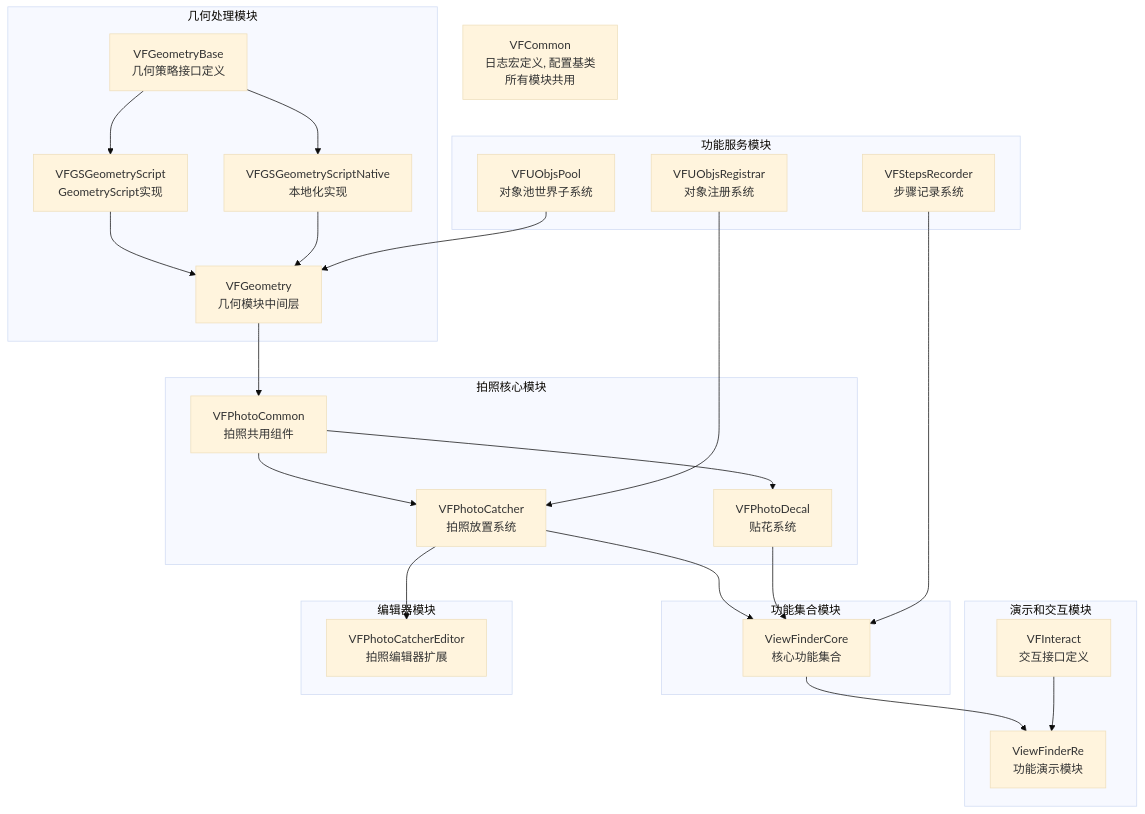
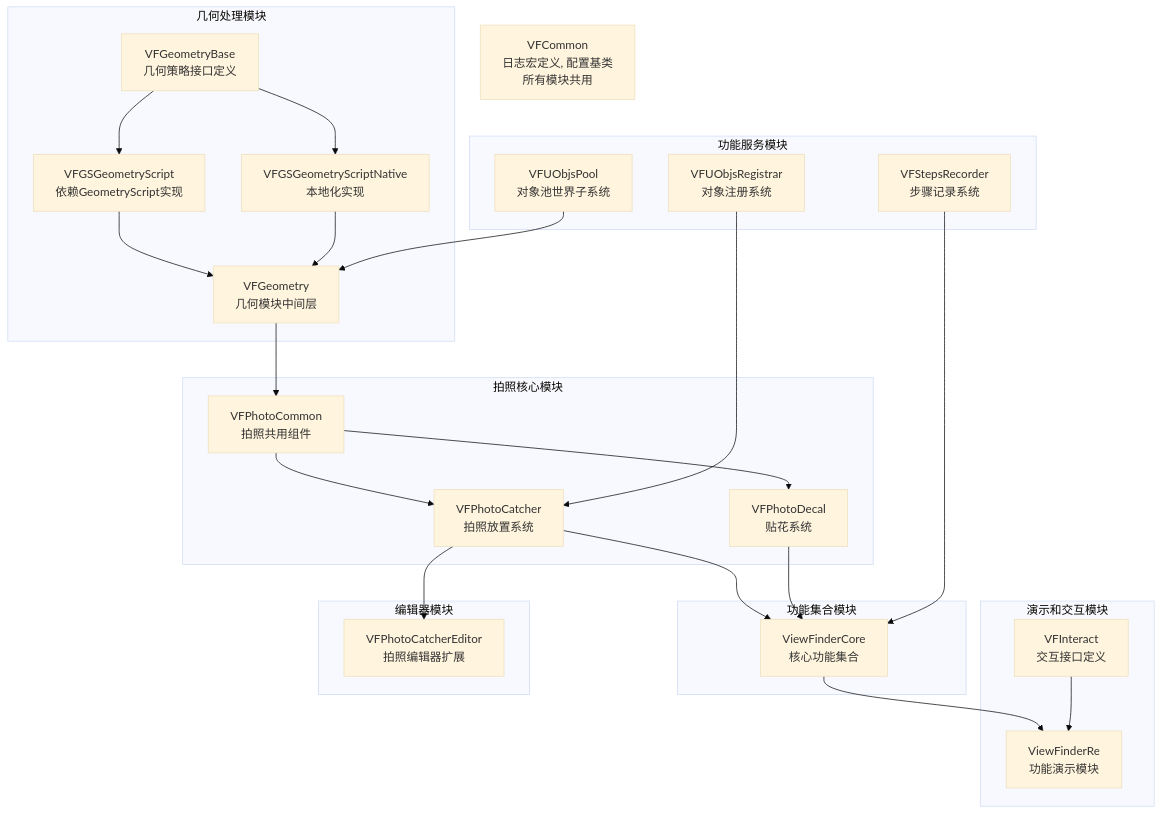
The first of 9 diagrams in README.zh.md (StrangeDS/ViewFinderRe), drawn with Mermaid (base theme) before and after one commit. The commit also changed other lines of this file and 1 other file, not shown here.

````diff
--- a/README.zh.md
+++ b/README.zh.md
@@ -894,74 +896,74 @@
 ```mermaid
 graph TD
     %% 基础共用模块 - 单独标明
     VFCommon[VFCommon<br/>日志宏定义, 配置基类<br/>所有模块共用]
 
     %% 功能服务模块
     subgraph ServiceModules [功能服务模块]
         VFUObjsPool[VFUObjsPool<br/>对象池世界子系统]
         VFUObjsRegistrar[VFUObjsRegistrar<br/>对象注册系统]
         VFStepsRecorder[VFStepsRecorder<br/>步骤记录系统]
     end
 
     %% 几何处理模块
     subgraph GeometryModules [几何处理模块]
         VFGeometryBase[VFGeometryBase<br/>几何策略接口定义]
         
-        VFGSGeometryScript[VFGSGeometryScript<br/>GeometryScript实现]
+        VFGSGeometryScript[VFGSGeometryScript<br/>依赖GeometryScript实现]
         VFGSGeometryScriptNative[VFGSGeometryScriptNative<br/>本地化实现]
         
         VFGeometry[VFGeometry<br/>几何模块中间层]
     end
 
     %% 拍照核心模块
     subgraph PhotoCoreModules [拍照核心模块]
         VFPhotoCommon[VFPhotoCommon<br/>拍照共用组件]
         VFPhotoCatcher[VFPhotoCatcher<br/>拍照放置系统]
         VFPhotoDecal[VFPhotoDecal<br/>贴花系统]
     end
 
     %% 功能集合模块
     subgraph CoreModules [功能集合模块]
         ViewFinderCore[ViewFinderCore<br/>核心功能集合]
     end
 
     %% 演示和交互模块
     subgraph DemoModules [演示和交互模块]
         VFInteract[VFInteract<br/>交互接口定义]
         ViewFinderRe[ViewFinderRe<br/>功能演示模块]
     end
 
     %% 编辑器模块
     subgraph EditorModules [编辑器模块]
         VFPhotoCatcherEditor[VFPhotoCatcherEditor<br/>拍照编辑器扩展]
     end
 
     %% 依赖关系定义
     %% 几何模块依赖链
     VFGeometryBase --> VFGSGeometryScript
     VFGeometryBase --> VFGSGeometryScriptNative
     
     VFGSGeometryScript --> VFGeometry
     VFGSGeometryScriptNative --> VFGeometry
     VFUObjsPool --> VFGeometry
 
     %% 拍照模块依赖链
     VFGeometry --> VFPhotoCommon
     
     VFPhotoCommon --> VFPhotoCatcher
     VFUObjsRegistrar --> VFPhotoCatcher
     
     VFPhotoCommon --> VFPhotoDecal
 
     %% 核心功能集合
     VFPhotoCatcher --> ViewFinderCore
     VFPhotoDecal --> ViewFinderCore
     VFStepsRecorder --> ViewFinderCore
 
     %% 编辑器扩展
     VFPhotoCatcher --> VFPhotoCatcherEditor
 
     %% 演示模块依赖
     ViewFinderCore --> ViewFinderRe
     VFInteract --> ViewFinderRe
 ```
````
